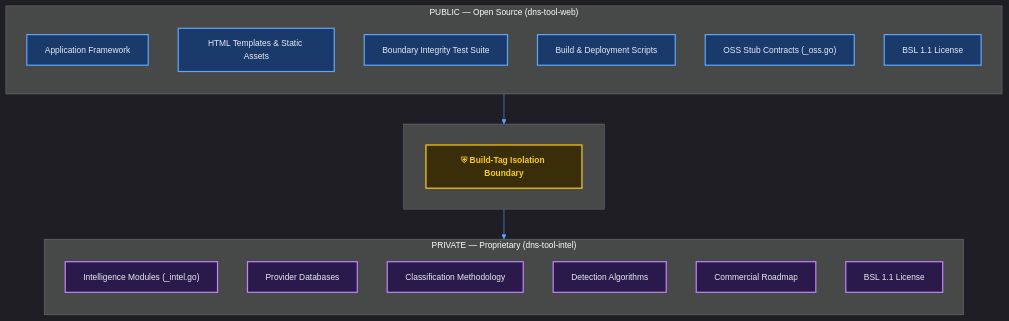
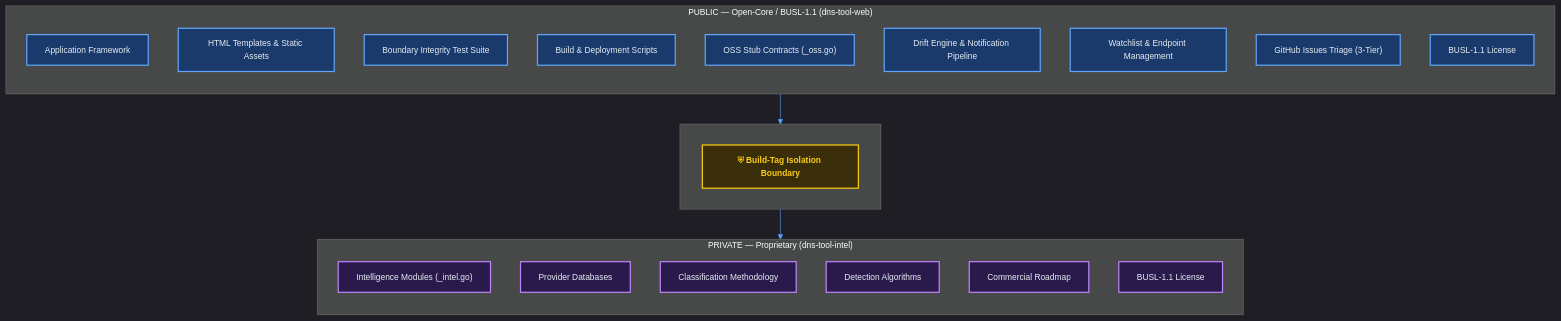
One commit to IT-Help-San-Diego/dns-tool-intel changed the diagram in docs/diagrams/open-core-architecture.mmd. Above: the diagram before and after it, drawn with Mermaid. The commit also changed 761 other files, not shown here.

```diff
--- a/docs/diagrams/open-core-architecture.mmd
+++ b/docs/diagrams/open-core-architecture.mmd
@@ -1,33 +1,36 @@
 %%{ init: { 'theme': 'dark', 'themeVariables': { 'primaryColor': '#1e3a5f', 'primaryTextColor': '#e6edf3', 'primaryBorderColor': '#58a6ff', 'lineColor': '#58a6ff', 'secondaryColor': '#0c1018', 'tertiaryColor': '#111720', 'fontSize': '14px' } } }%%
 graph TB
-    subgraph public["PUBLIC — Open Source (dns-tool-web)"]
+    subgraph public["PUBLIC — Open-Core / BUSL-1.1 (dns-tool-web)"]
         direction TB
         FW["Application Framework"]:::blue
         TPL["HTML Templates &amp; Static Assets"]:::blue
         TEST["Boundary Integrity Test Suite"]:::blue
         BUILD["Build &amp; Deployment Scripts"]:::blue
         STUB["OSS Stub Contracts (_oss.go)"]:::blue
-        LIC1["BSL 1.1 License"]:::blue
+        DRIFT["Drift Engine &amp; Notification Pipeline"]:::blue
+        WATCH["Watchlist &amp; Endpoint Management"]:::blue
+        TRIAGE["GitHub Issues Triage (3-Tier)"]:::blue
+        LIC1["BUSL-1.1 License"]:::blue
     end
 
     subgraph boundary[" "]
         direction LR
         WALL["⛨ Build-Tag Isolation Boundary"]:::wall
     end
 
     subgraph private["PRIVATE — Proprietary (dns-tool-intel)"]
         direction TB
         INTEL["Intelligence Modules (_intel.go)"]:::purple
         PROV["Provider Databases"]:::purple
         CLASS["Classification Methodology"]:::purple
         DETECT["Detection Algorithms"]:::purple
         ROAD["Commercial Roadmap"]:::purple
-        LIC2["BSL 1.1 License"]:::purple
+        LIC2["BUSL-1.1 License"]:::purple
     end
 
     public --> boundary
     boundary --> private
 
     classDef blue fill:#1a3a6b,stroke:#60a5fa,stroke-width:2px,color:#e6edf3
     classDef purple fill:#2a1a4b,stroke:#c084fc,stroke-width:2px,color:#e6edf3
     classDef wall fill:#3a2e0a,stroke:#facc15,stroke-width:2px,color:#facc15,font-weight:bold
```
